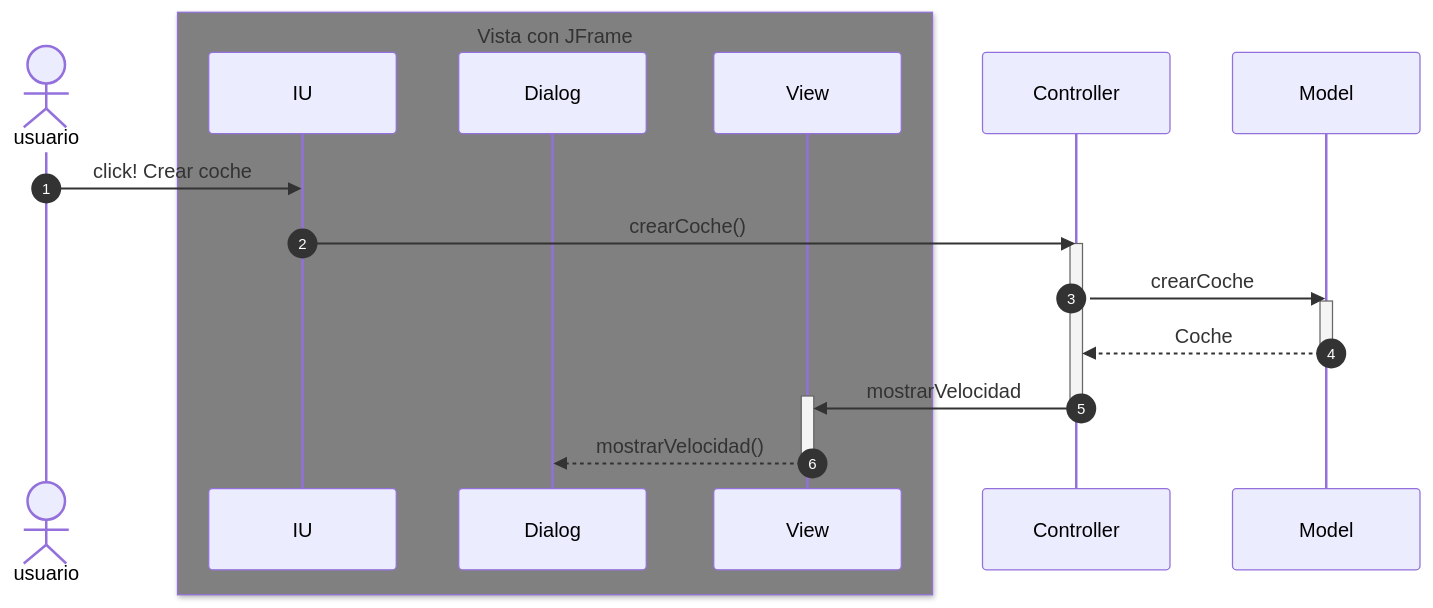
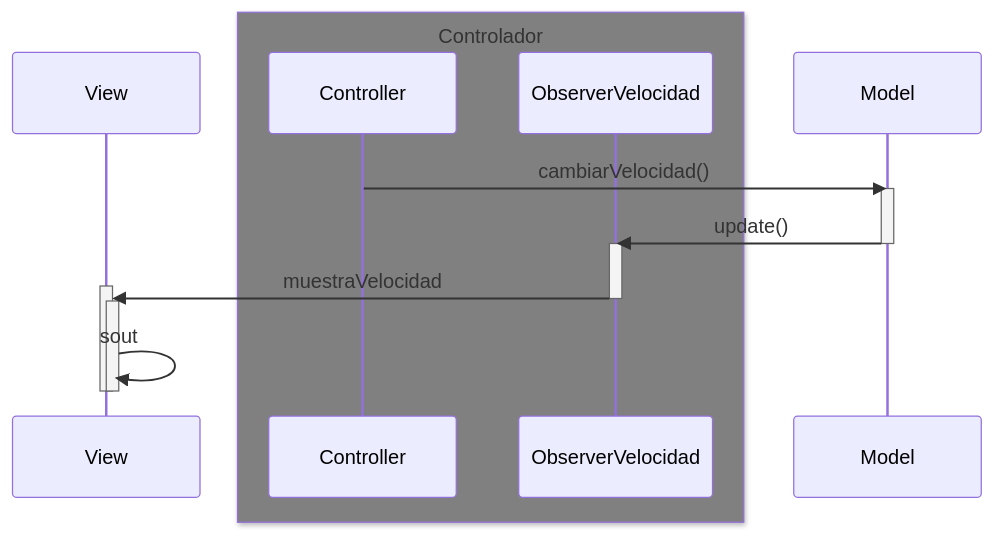
The third of 4 diagrams in Readme.md (NicolasRodriguezSteuerberg/MVC_coches), drawn with Mermaid before and after one commit. The commit also changed other lines of this file, not shown here.

````diff
--- a/Readme.md
+++ b/Readme.md
@@ -71,24 +75,20 @@
 ```mermaid
 sequenceDiagram
-    autonumber
-    actor usuario
-    box gray Vista con JFrame
-        participant IU
-        participant Dialog
-        participant View
-        end
-        
+    participant View
+    box gray Controlador
     participant Controller
+    participant ObserverVelocidad
+    end
     participant Model
 
-    usuario->>IU: click! Crear coche
-    IU->>Controller: crearCoche()
-    activate Controller
-    Controller->>Model: crearCoche
+    Controller->>Model: cambiarVelocidad()
     activate Model
-    Model-->>Controller: Coche
+    Model->>ObserverVelocidad: update()
     deactivate Model
-    Controller->>+View: mostrarVelocidad
-    deactivate Controller
-    View-->>-Dialog: mostrarVelocidad()
+    activate ObserverVelocidad
+    ObserverVelocidad->>+View: muestraVelocidad
+    deactivate ObserverVelocidad
+    activate View
+    View->>-View: sout
+    deactivate View
 ```
````
